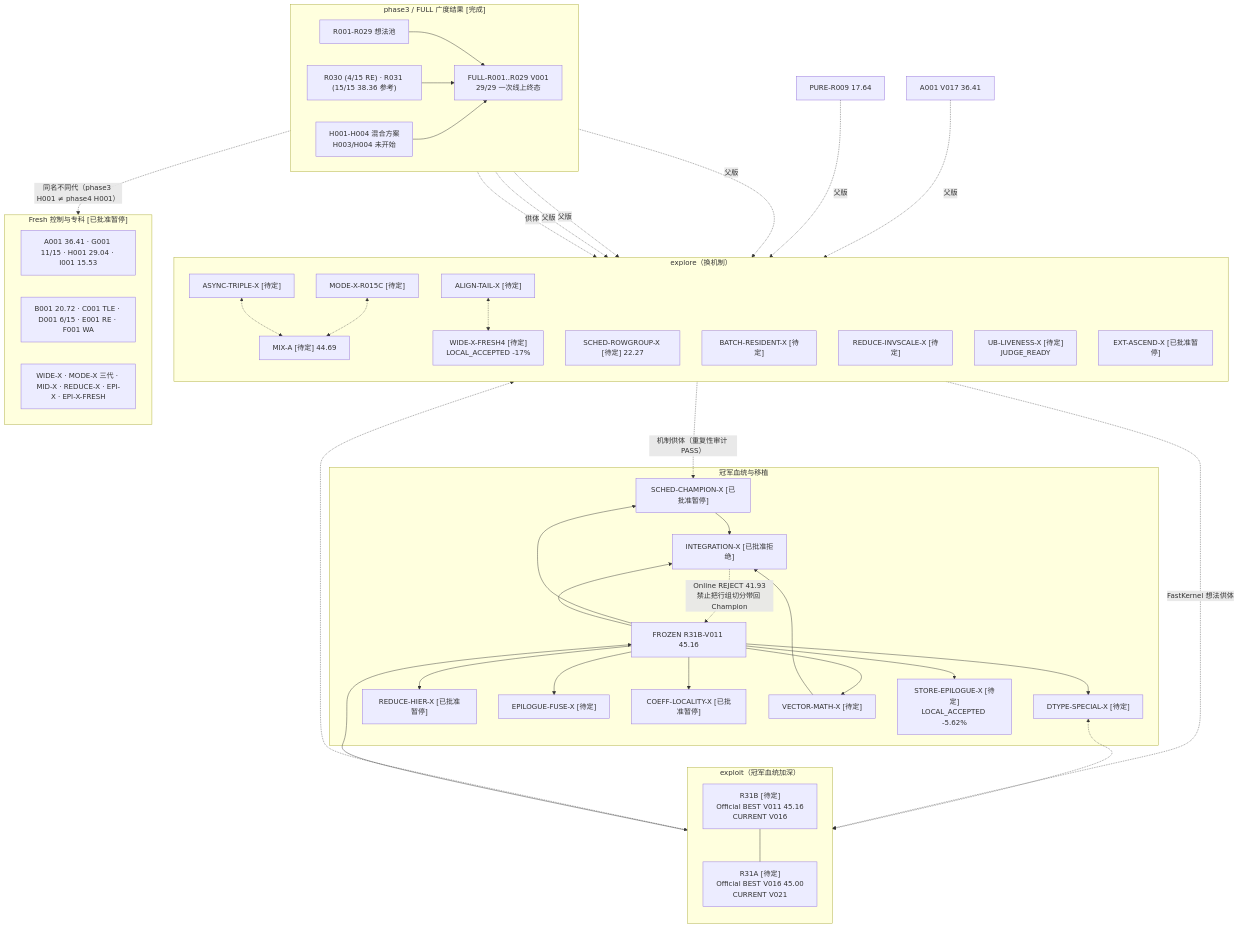
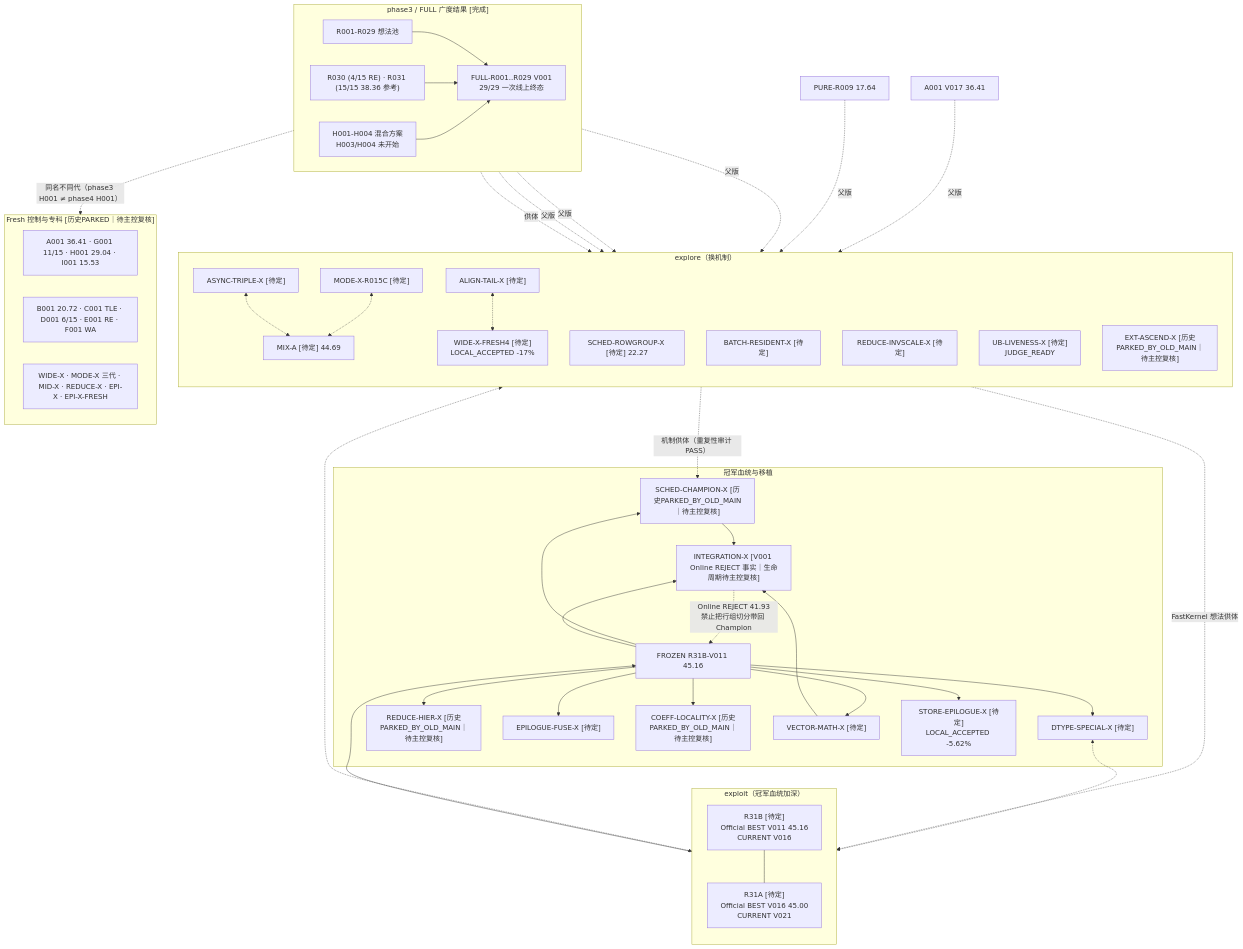
The third of 3 diagrams in 技术路线/技术路线图.md (sxyq/CANN), drawn with Mermaid before and after one commit. The commit also changed 8 other files, not shown here.

````diff
--- a/技术路线/技术路线图.md
+++ b/技术路线/技术路线图.md
@@ -197,71 +197,71 @@
 ```mermaid
 flowchart TB
     subgraph DONE["phase3 / FULL 广度结果 [完成]"]
         direction LR
         IDEA["R001-R029 想法池"] --> FULL["FULL-R001..R029 V001<br/>29/29 一次线上终态"]
         R030R031["R030 (4/15 RE) · R031 (15/15 38.36 参考)"] --> FULL
         H00N["H001-H004 混合方案<br/>H003/H004 未开始"] --> FULL
     end
 
     subgraph EXPLOIT["exploit（冠军血统加深）"]
         direction TB
         R31B["R31B [待定]<br/>Official BEST V011 45.16<br/>CURRENT V016"]
         R31A["R31A [待定]<br/>Official BEST V016 45.00<br/>CURRENT V021"]
         R31B --- R31A
     end
 
     subgraph CHAMPION["冠军血统与移植"]
         FRZ["FROZEN R31B-V011 45.16"]
         R31B --> FRZ
         FRZ --> DT["DTYPE-SPECIAL-X [待定]"]
-        FRZ --> SC["SCHED-CHAMPION-X [已批准暂停]"]
-        FRZ --> RH["REDUCE-HIER-X [已批准暂停]"]
+        FRZ --> SC["SCHED-CHAMPION-X [历史PARKED_BY_OLD_MAIN｜待主控复核]"]
+        FRZ --> RH["REDUCE-HIER-X [历史PARKED_BY_OLD_MAIN｜待主控复核]"]
         FRZ --> EF["EPILOGUE-FUSE-X [待定]"]
-        FRZ --> CL["COEFF-LOCALITY-X [已批准暂停]"]
+        FRZ --> CL["COEFF-LOCALITY-X [历史PARKED_BY_OLD_MAIN｜待主控复核]"]
         FRZ --> VM["VECTOR-MATH-X [待定]"]
         FRZ --> ST["STORE-EPILOGUE-X [待定]<br/>LOCAL_ACCEPTED -5.62%"]
-        FRZ --> IX["INTEGRATION-X [已批准拒绝]"]
+        FRZ --> IX["INTEGRATION-X [V001 Online REJECT 事实｜生命周期待主控复核]"]
         SC --> IX
         VM --> IX
     end
 
     subgraph EXPLORE["explore（换机制）"]
         direction TB
         MIX["MIX-A [待定] 44.69"]
         WIDE4["WIDE-X-FRESH4 [待定]<br/>LOCAL_ACCEPTED -17%"]
         MODE["MODE-X-R015C [待定]"]
         SR["SCHED-ROWGROUP-X [待定] 22.27"]
         AT["ALIGN-TAIL-X [待定]"]
         BR["BATCH-RESIDENT-X [待定]"]
         AX["ASYNC-TRIPLE-X [待定]"]
         RI["REDUCE-INVSCALE-X [待定]"]
         UB["UB-LIVENESS-X [待定]<br/>JUDGE_READY"]
-        EXT["EXT-ASCEND-X [已批准暂停]"]
+        EXT["EXT-ASCEND-X [历史PARKED_BY_OLD_MAIN｜待主控复核]"]
     end
 
-    subgraph FRESH["Fresh 控制与专科 [已批准暂停]"]
+    subgraph FRESH["Fresh 控制与专科 [历史PARKED｜待主控复核]"]
         direction LR
         F1["A001 36.41 · G001 11/15 · H001 29.04 · I001 15.53"]
         F2["B001 20.72 · C001 TLE · D001 6/15 · E001 RE · F001 WA"]
         F3["WIDE-X · MODE-X 三代 · MID-X · REDUCE-X · EPI-X · EPI-X-FRESH"]
     end
 
     %% 供体 / 继承
     IDEA -. 供体 .-> EXPLORE
     FULL -. 父版 .-> SR
     FULL -. 父版 .-> AT
     FULL -. 父版 .-> RI
     A001_17["A001 V017 36.41"] -. 父版 .-> BR
     SR -. 机制供体（重复性审计 PASS） .-> SC
     MIX -. FastKernel 想法供体 .-> R31A
     PR9["PURE-R009 17.64"] -. 父版 .-> AT
 
     %% 冲突 / 碰撞
     AX <-.-> MIX
     AT <-.-> WIDE4
     MODE <-.-> MIX
     DT <-.-> R31A
     WIDE4 <-.-> R31B
     IX -.->|Online REJECT 41.93<br/>禁止把行组切分带回 Champion| FRZ
     H00N -. 同名不同代（phase3 H001 ≠ phase4 H001） .-> F1
 ```
````
